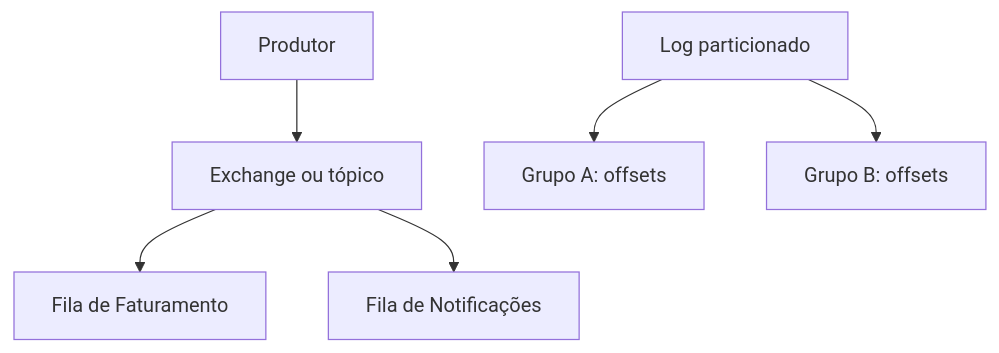
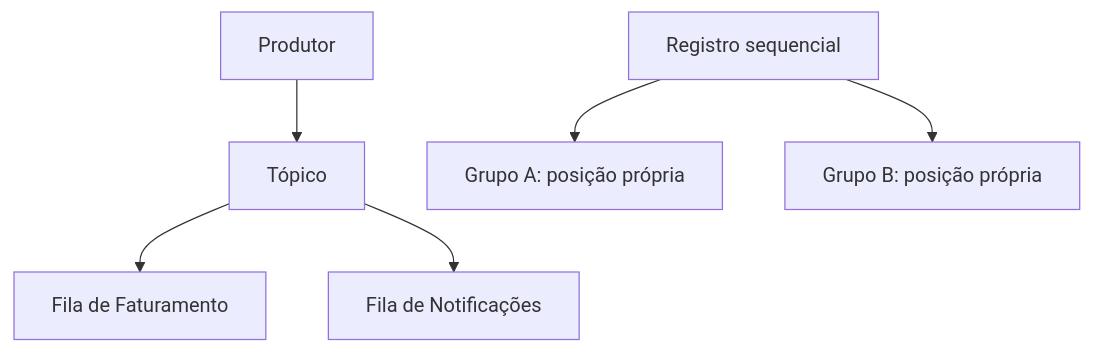
Before and after one commit to marco-mendes/arquitetura-software: the third of 3 diagrams in docs/modulo-5-eventos/conceitos.md, drawn with Mermaid. The commit also changed other lines of this file, not shown here.

````diff
--- a/docs/modulo-5-eventos/conceitos.md
+++ b/docs/modulo-5-eventos/conceitos.md
@@ -155,8 +155,8 @@
 ```mermaid
 flowchart TB
-    P[Produtor] --> X[Exchange ou tópico]
+    P[Produtor] --> X[Tópico]
     X --> Q1[Fila de Faturamento]
     X --> Q2[Fila de Notificações]
-    L[Log particionado] --> G1[Grupo A: offsets]
-    L --> G2[Grupo B: offsets]
+    L[Registro sequencial] --> G1[Grupo A: posição própria]
+    L --> G2[Grupo B: posição própria]
 ```
````
